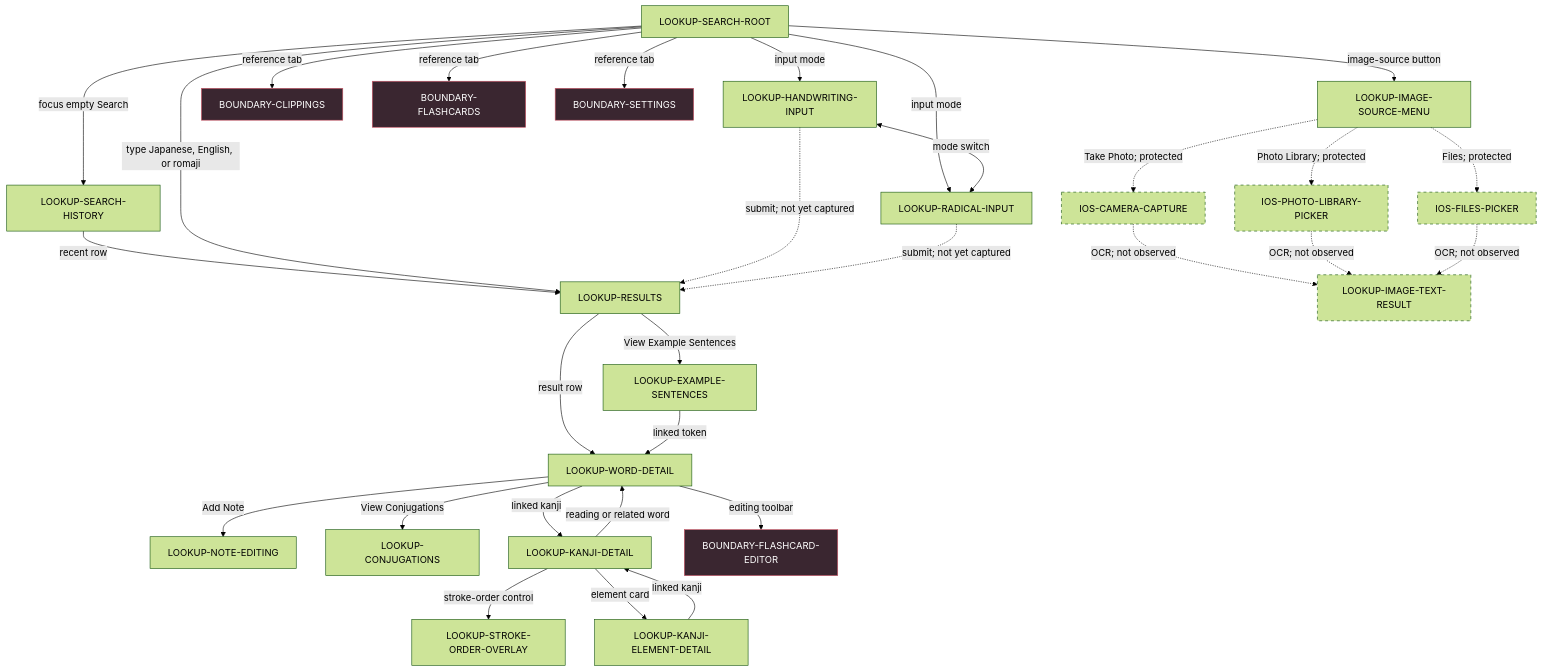
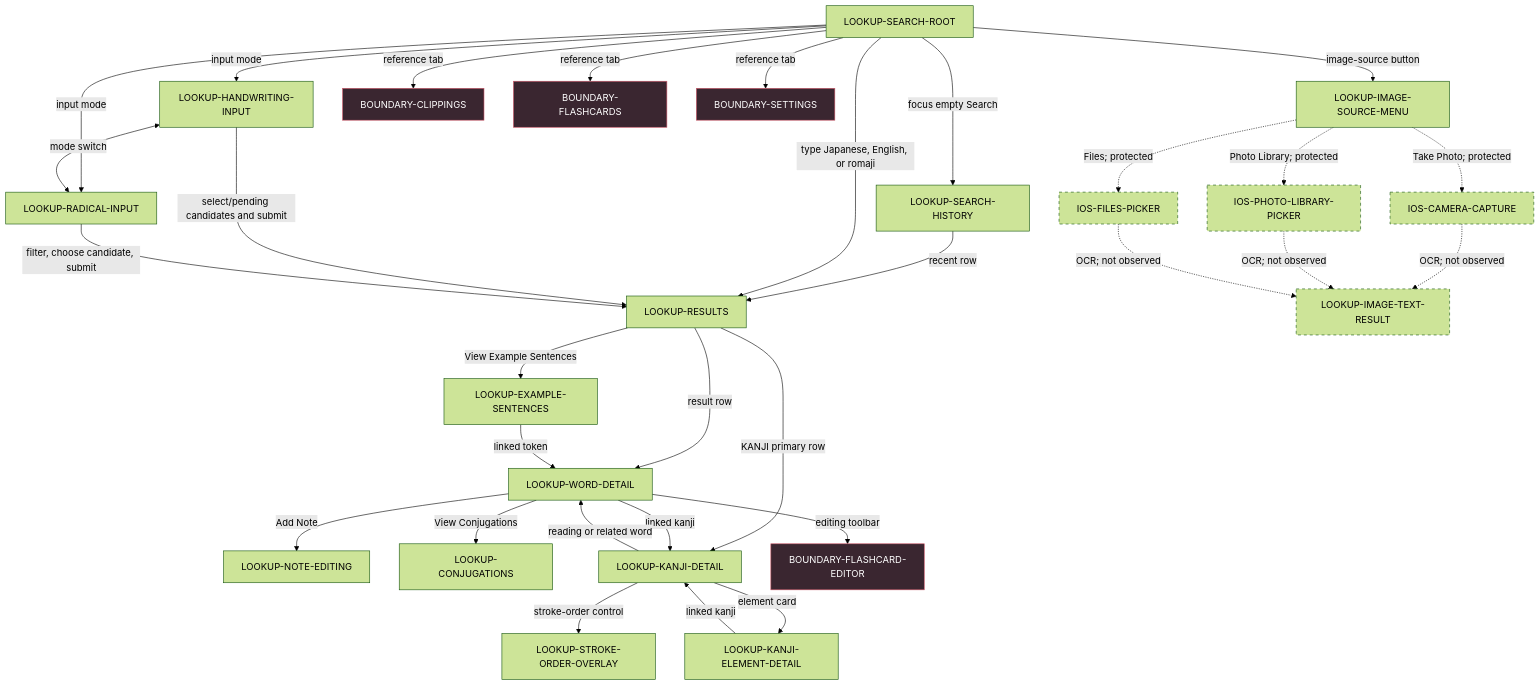
One commit to serpcompany/zenbujapanese-monorepo changed the diagram in docs/clone-discovery/nihongo/reachability-map.md. Above: the diagram before and after it, drawn with Mermaid (forest theme). The commit also changed other lines of this file and 47 other files, not shown here.

````diff
--- a/docs/clone-discovery/nihongo/reachability-map.md
+++ b/docs/clone-discovery/nihongo/reachability-map.md
@@ -5,59 +5,60 @@
 ```mermaid
 flowchart TD
     ROOT[LOOKUP-SEARCH-ROOT]
     HISTORY[LOOKUP-SEARCH-HISTORY]
     MENU[LOOKUP-IMAGE-SOURCE-MENU]
     HAND[LOOKUP-HANDWRITING-INPUT]
     RAD[LOOKUP-RADICAL-INPUT]
     RESULTS[LOOKUP-RESULTS]
     EXAMPLES[LOOKUP-EXAMPLE-SENTENCES]
     WORD[LOOKUP-WORD-DETAIL]
     NOTE[LOOKUP-NOTE-EDITING]
     CONJ[LOOKUP-CONJUGATIONS]
     KANJI[LOOKUP-KANJI-DETAIL]
     STROKE[LOOKUP-STROKE-ORDER-OVERLAY]
     ELEMENT[LOOKUP-KANJI-ELEMENT-DETAIL]
     CAMERA[IOS-CAMERA-CAPTURE]
     PHOTOS[IOS-PHOTO-LIBRARY-PICKER]
     FILES[IOS-FILES-PICKER]
     IMAGE[LOOKUP-IMAGE-TEXT-RESULT]
     CLIP[BOUNDARY-CLIPPINGS]
     FLASH[BOUNDARY-FLASHCARDS]
     SETTINGS[BOUNDARY-SETTINGS]
     EDITOR[BOUNDARY-FLASHCARD-EDITOR]
 
     ROOT -->|focus empty Search| HISTORY
     HISTORY -->|recent row| RESULTS
     ROOT -->|type Japanese, English, or romaji| RESULTS
     ROOT -->|input mode| HAND
     ROOT -->|input mode| RAD
     HAND <-->|mode switch| RAD
-    HAND -.->|submit; not yet captured| RESULTS
-    RAD -.->|submit; not yet captured| RESULTS
+    HAND -->|select/pending candidates and submit| RESULTS
+    RAD -->|filter, choose candidate, submit| RESULTS
     ROOT -->|image-source button| MENU
     MENU -.->|Take Photo; protected| CAMERA
     MENU -.->|Photo Library; protected| PHOTOS
     MENU -.->|Files; protected| FILES
     CAMERA -.->|OCR; not observed| IMAGE
     PHOTOS -.->|OCR; not observed| IMAGE
     FILES -.->|OCR; not observed| IMAGE
     RESULTS -->|result row| WORD
+    RESULTS -->|KANJI primary row| KANJI
     RESULTS -->|View Example Sentences| EXAMPLES
     EXAMPLES -->|linked token| WORD
     WORD -->|Add Note| NOTE
     WORD -->|View Conjugations| CONJ
     WORD -->|linked kanji| KANJI
     KANJI -->|stroke-order control| STROKE
     KANJI -->|element card| ELEMENT
     ELEMENT -->|linked kanji| KANJI
     KANJI -->|reading or related word| WORD
     WORD -->|editing toolbar| EDITOR
     ROOT -->|reference tab| CLIP
     ROOT -->|reference tab| FLASH
     ROOT -->|reference tab| SETTINGS
 
     classDef protected stroke-dasharray: 5 5;
     classDef excluded fill:#3a2630,stroke:#c56,color:#fff;
     class CAMERA,PHOTOS,FILES,IMAGE protected;
     class CLIP,FLASH,SETTINGS,EDITOR excluded;
 ```
````
